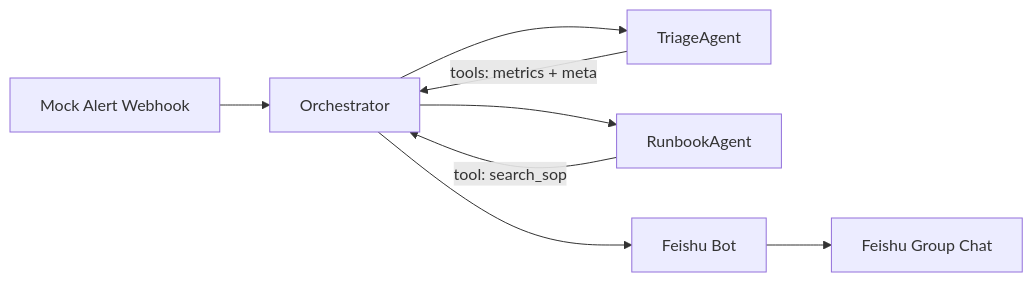
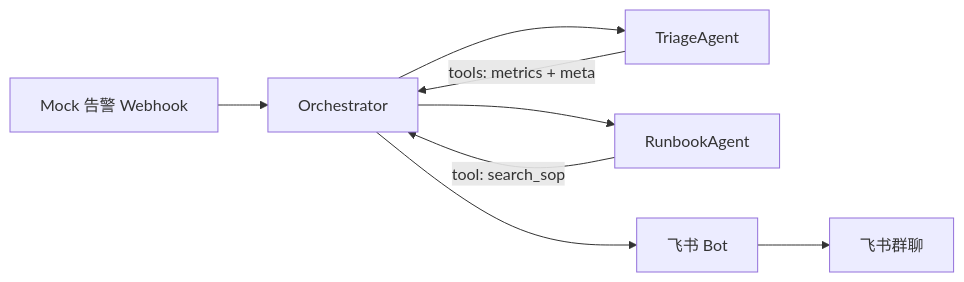
The first of 2 diagrams in docs/superpowers/specs/2026-06-27-coagent-design.md (lurui1997/coagent), drawn with Mermaid before and after one commit. The commit also changed other lines of this file and 3 other files, not shown here.

````diff
--- a/docs/superpowers/specs/2026-06-27-coagent-design.md
+++ b/docs/superpowers/specs/2026-06-27-coagent-design.md
@@ -76,10 +78,10 @@
 ```mermaid
 flowchart LR
-    A[Mock Alert Webhook] --> B[Orchestrator]
+    A[Mock 告警 Webhook] --> B[Orchestrator]
     B --> C[TriageAgent]
     C -->|tools: metrics + meta| B
     B --> D[RunbookAgent]
     D -->|tool: search_sop| B
-    B --> E[Feishu Bot]
-    E --> F[Feishu Group Chat]
+    B --> E[飞书 Bot]
+    E --> F[飞书群聊]
 ```
````
